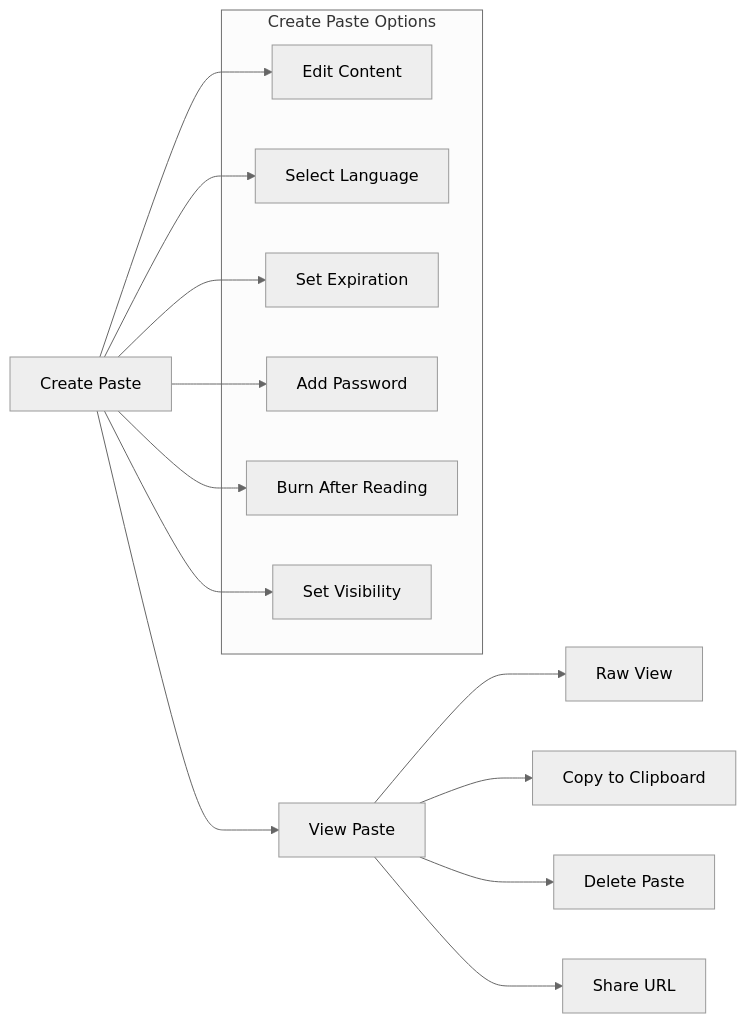
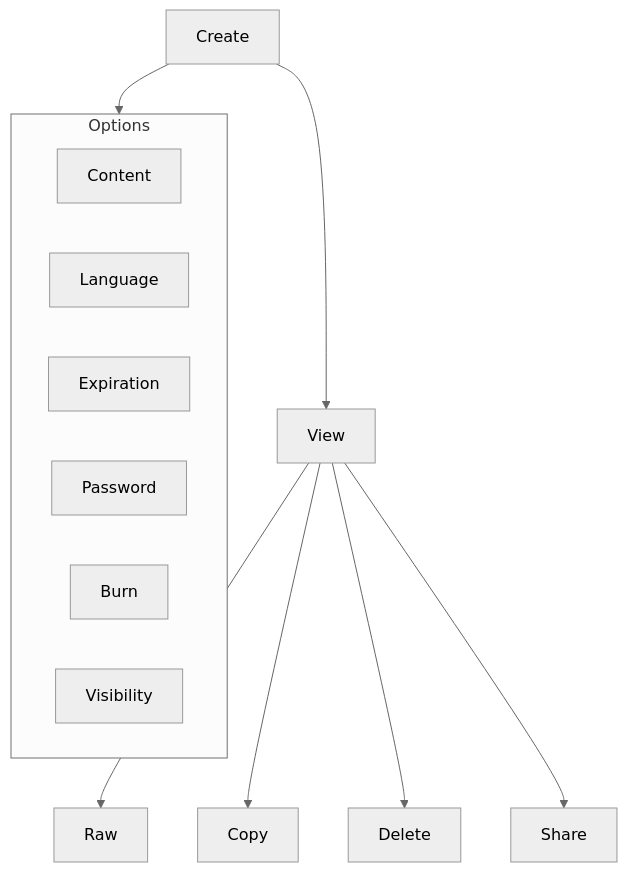
One commit to erfianugrah/pastebin changed the third of 7 diagrams in docs/DOCUMENTATION.md. Above: the diagram before and after it, drawn with Mermaid (neutral theme). The commit also changed other lines of this file and 4 other files, not shown here.

Commit message:
updated mermaid diagrams

````diff
--- a/docs/DOCUMENTATION.md
+++ b/docs/DOCUMENTATION.md
@@ -159,24 +159,19 @@
 ```mermaid
-graph LR
-    Create[Create Paste] --> View[View Paste]
-    View --> Raw[Raw View]
-    View --> Copy[Copy to Clipboard]
-    View --> Delete[Delete Paste]
-    View --> Share[Share URL]
+graph TD
+    Create[Create] --> View[View]
+    View --> Raw[Raw]
+    View --> Copy[Copy]
+    View --> Delete[Delete]
+    View --> Share[Share]
     
-    subgraph "Create Paste Options"
-        Content[Edit Content]
-        Syntax[Select Language]
-        Expire[Set Expiration]
-        Password[Add Password]
-        Burn[Burn After Reading]
-        Visibility[Set Visibility]
+    Create --> Options[Options]
+    
+    subgraph "Options"
+        Content[Content]
+        Syntax[Language]
+        Expire[Expiration]
+        Password[Password]
+        Burn[Burn]
+        Visibility[Visibility]
     end
-    
-    Create --> Content
-    Create --> Syntax
-    Create --> Expire
-    Create --> Password
-    Create --> Burn
-    Create --> Visibility
 ```
````
